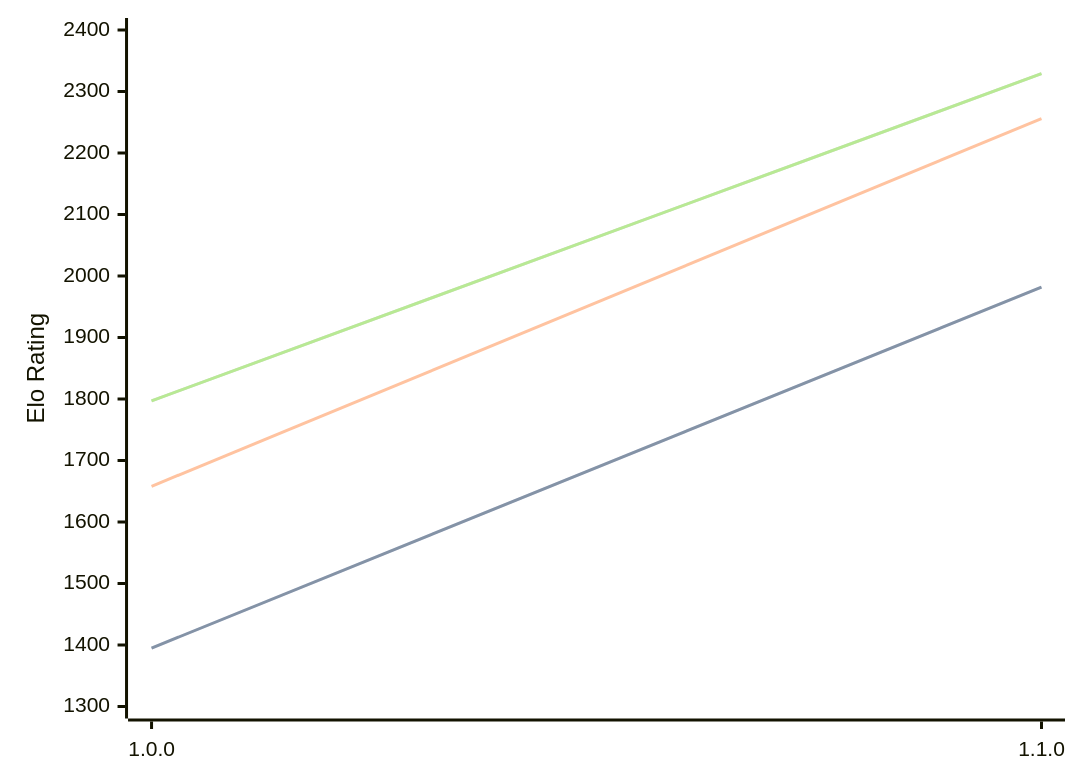
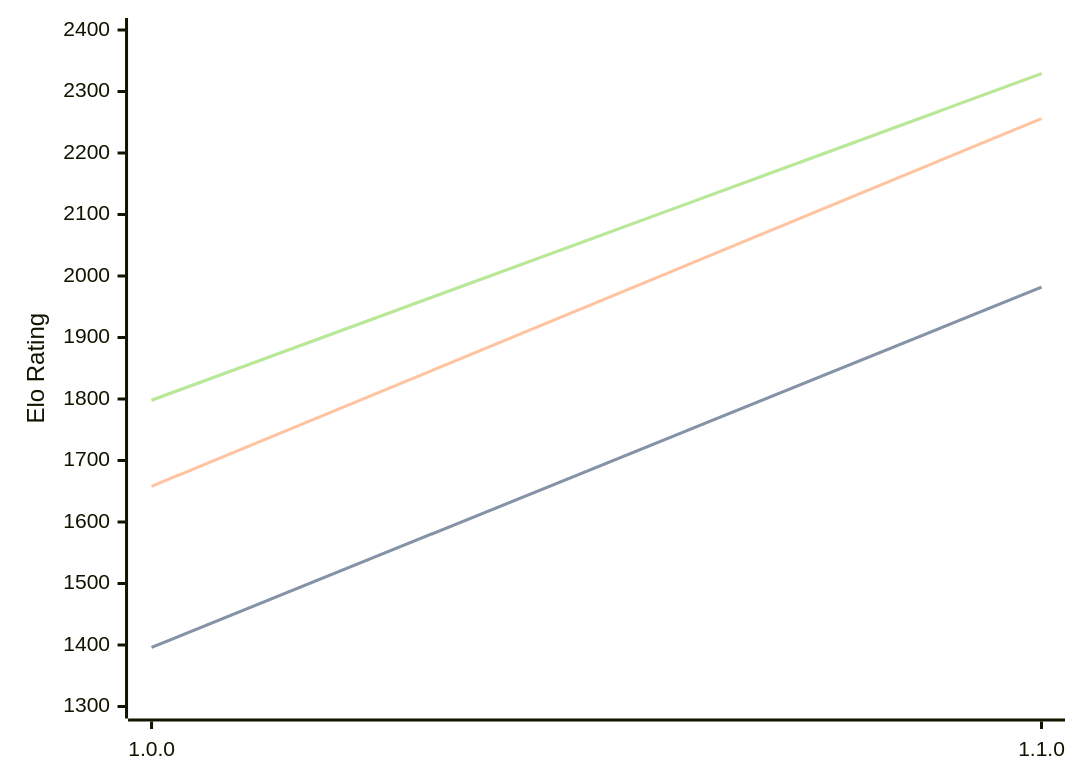
One commit to computer-chess-index/cci changed the diagram in engines/Akerbeltz.md. Above: the diagram before and after it, drawn with Mermaid. The commit also changed other lines of this file, not shown here.

Commit message:
Update CCI Ratings (ELO VLTC) - 2026-05-06

````diff
--- a/engines/Akerbeltz.md
+++ b/engines/Akerbeltz.md
@@ -32,11 +32,11 @@
 ```mermaid
 %%{init: {"theme":"base","themeVariables":{"seriesColors:['#a3a3a3','#222221','#faa371']}}}%%
 xychart-beta
   x-axis ["1.0.0", "1.1.0"]
   y-axis "Elo Rating" 1300 --> 2400
-  line "STC (8.0+0.08s)" [1395, 1982]
-  line "STC (8.0+0.08s)" [1395, 1982]
+  line "STC (8.0+0.08s)" [1396, 1982]
+  line "STC (8.0+0.08s)" [1396, 1982]
   line "LTC (60.0+0.60s)" [1658, 2256]
-  line "VLTC (2m24s+1.12s)" [1797, 2329]
-  line "VLTC (2m24s+1.12s)" [1797, 2329]
+  line "VLTC (2m24s+1.12s)" [1798, 2329]
+  line "VLTC (2m24s+1.12s)" [1798, 2329]
 ```
````
